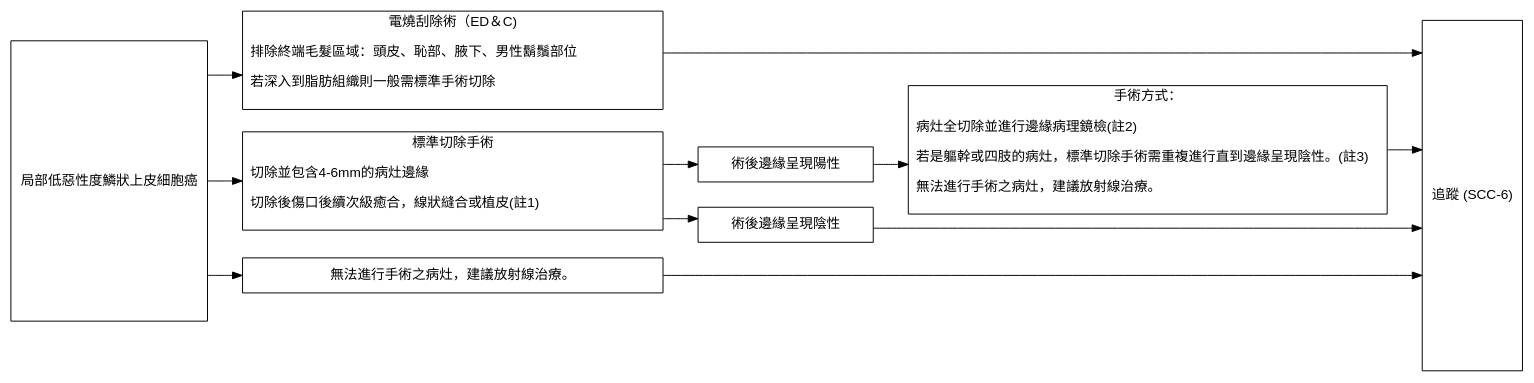
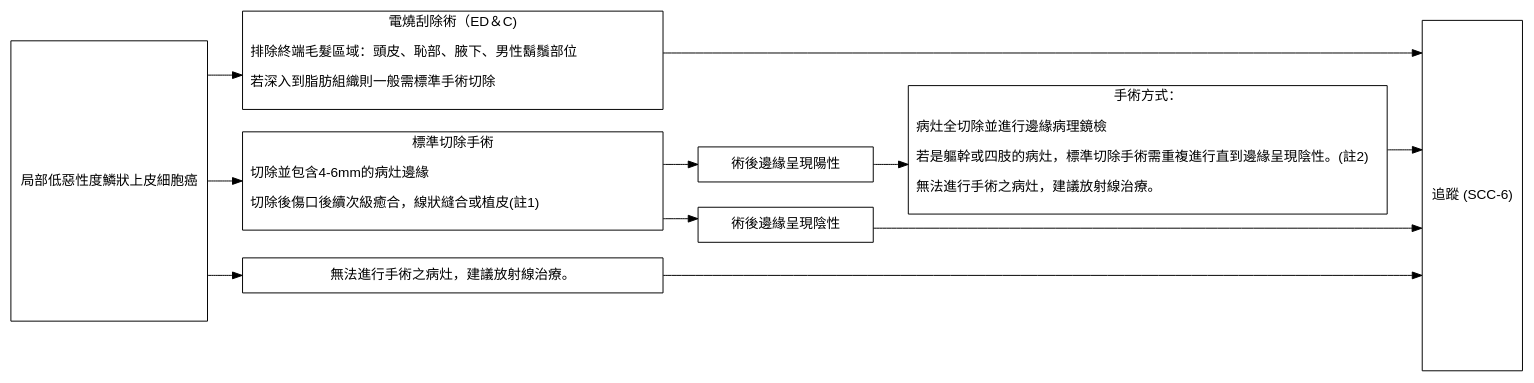
The diagram in SCC.2.gv (gnayyc/SkinCancerGuidelineDiagram), drawn with Graphviz before and after one commit. The commit also changed 3 other files, not shown here.

```diff
--- a/SCC.2.gv
+++ b/SCC.2.gv
@@ -1,36 +1,36 @@
 digraph {
   graph [rankdir = LR; splines=ortho; overlap=false]
   node [shape = box, fontname = Helvetica]
 
   low -> {tx1 tx2 tx3}
          tx1 -> fu
          tx2 -> bo1 -> tx21 -> fu
          tx2 -> bo0 -> fu
          tx3 -> fu
 
   low [label = 局部低惡性度鱗狀上皮細胞癌; height=4]
   tx1 [label = "電燒刮除術（ED＆C)\n
 排除終端毛髮區域：頭皮、恥部、腋下、男性鬍鬚部位\l
 若深入到脂肪組織則一般需標準手術切除\l
 ";
 width = 6]
   tx2 [label = "標準切除手術\n
 切除並包含4-6mm的病灶邊緣\l
 切除後傷口後續次級癒合，線狀縫合或植皮(註1)\l
 ";
 width = 6]
   tx21 [label = "手術方式：\n
-病灶全切除並進行邊緣病理鏡檢(註2)\l
-若是軀幹或四肢的病灶，標準切除手術需重複進行直到邊緣呈現陰性。(註3)\l
+病灶全切除並進行邊緣病理鏡檢\l
+若是軀幹或四肢的病灶，標準切除手術需重複進行直到邊緣呈現陰性。(註2)\l
 無法進行手術之病灶，建議放射線治療。\l
 "]
   tx3 [label = "無法進行手術之病灶，建議放射線治療。"; width = 6]
   bo0 [label = "術後邊緣呈現陰性"; width=2.5]
   bo1 [label = "術後邊緣呈現陽性"; width=2.5]
   fu [label = "追蹤 (SCC-6)"; height=5]
 
   {rank = same; tx1; tx2; tx3}
   {rank = same; bo0; bo1}
 
 
 }
```
